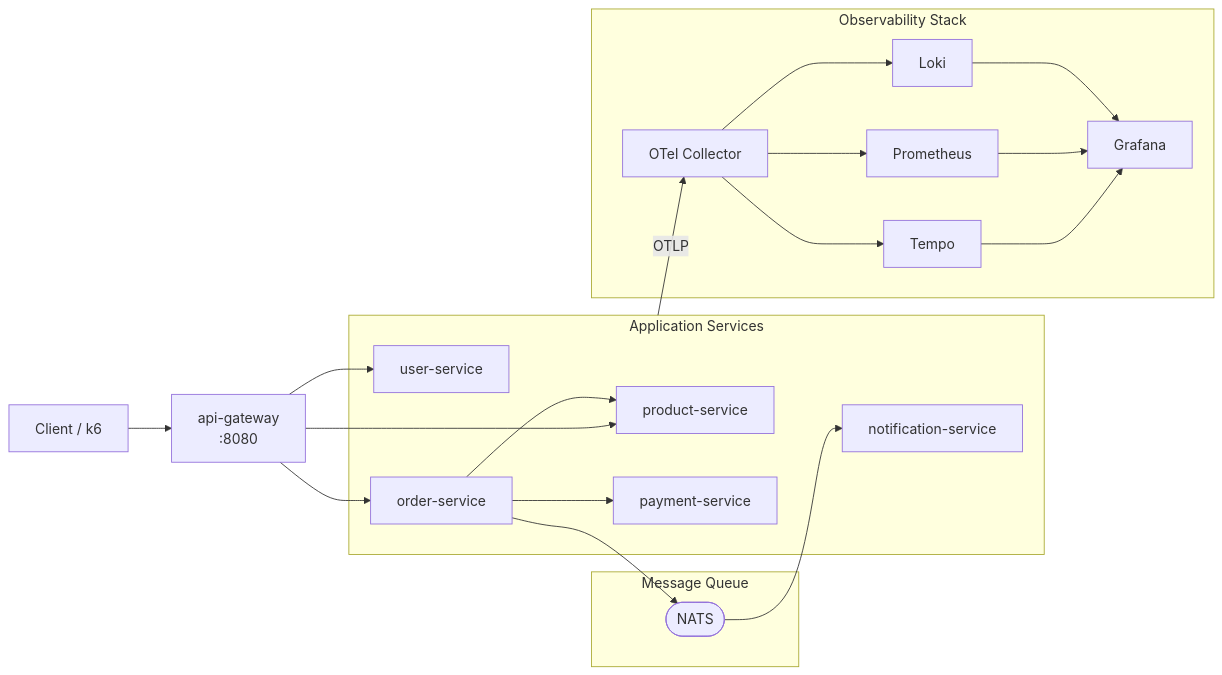
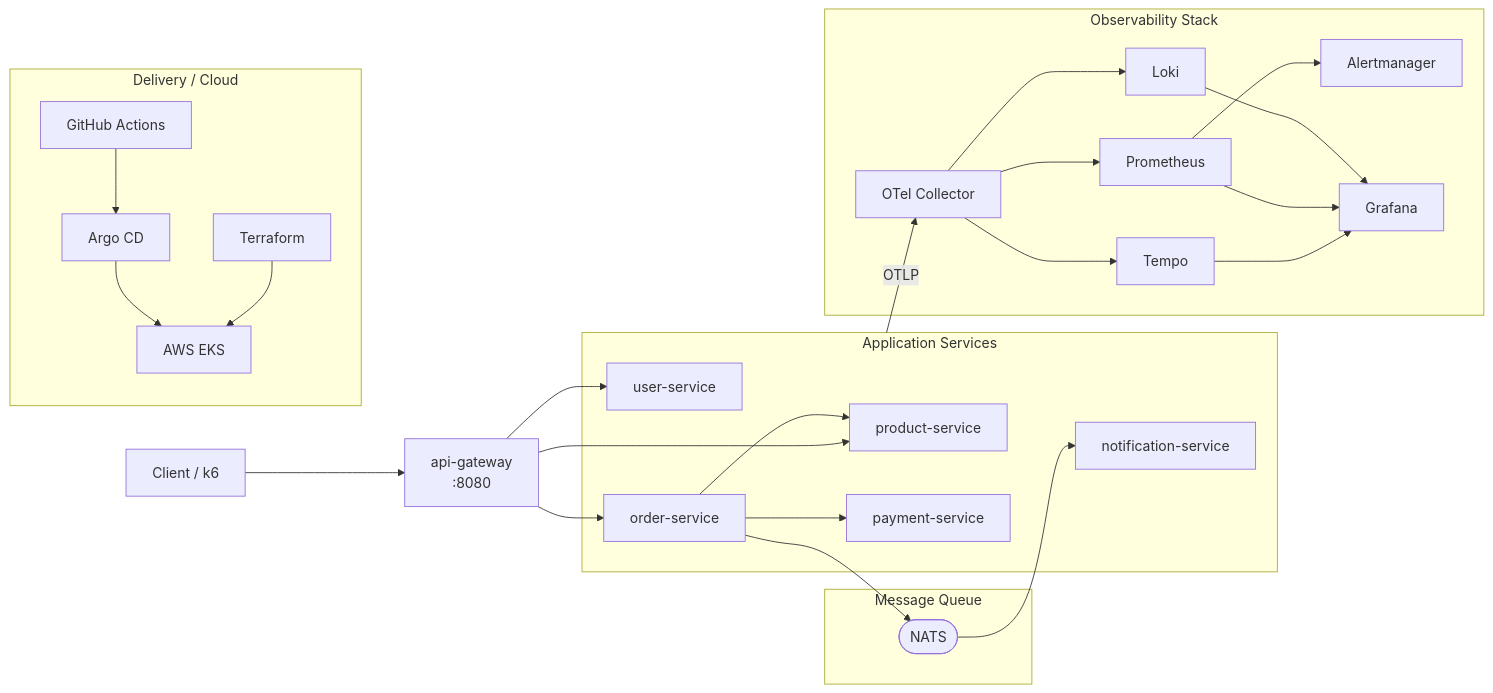
Before and after one commit to Hwara/micro-mart: the diagram in README.md, drawn with Mermaid. The commit also changed other lines of this file and 3 other files, not shown here.

````diff
--- a/README.md
+++ b/README.md
@@ -24,35 +24,47 @@
 ```mermaid
 flowchart LR
     K6["Client / k6"]
     GW["api-gateway\n:8080"]
 
     subgraph SERVICES["Application Services"]
         US["user-service"]
         PS["product-service"]
         OS["order-service"]
         PAY["payment-service"]
         NS["notification-service"]
     end
 
     subgraph MQ["Message Queue"]
         NATS(["NATS"])
     end
 
     subgraph OBS["Observability Stack"]
         OTEL["OTel Collector"]
         TEMPO["Tempo"]
         PROM["Prometheus"]
+        ALERT["Alertmanager"]
         LOKI["Loki"]
         GRAF["Grafana"]
+    end
+
+    subgraph DELIVERY["Delivery / Cloud"]
+        GHA["GitHub Actions"]
+        ARGO["Argo CD"]
+        TF["Terraform"]
+        AWS["AWS EKS"]
     end
 
     K6 --> GW
     GW --> US & PS & OS
     OS --> PS
     OS --> PAY
     OS --> NATS
     NATS --> NS
     SERVICES -- OTLP --> OTEL
     OTEL --> TEMPO & PROM & LOKI
+    PROM --> ALERT
     TEMPO & PROM & LOKI --> GRAF
+    GHA --> ARGO
+    ARGO --> AWS
+    TF --> AWS
 ```
````
